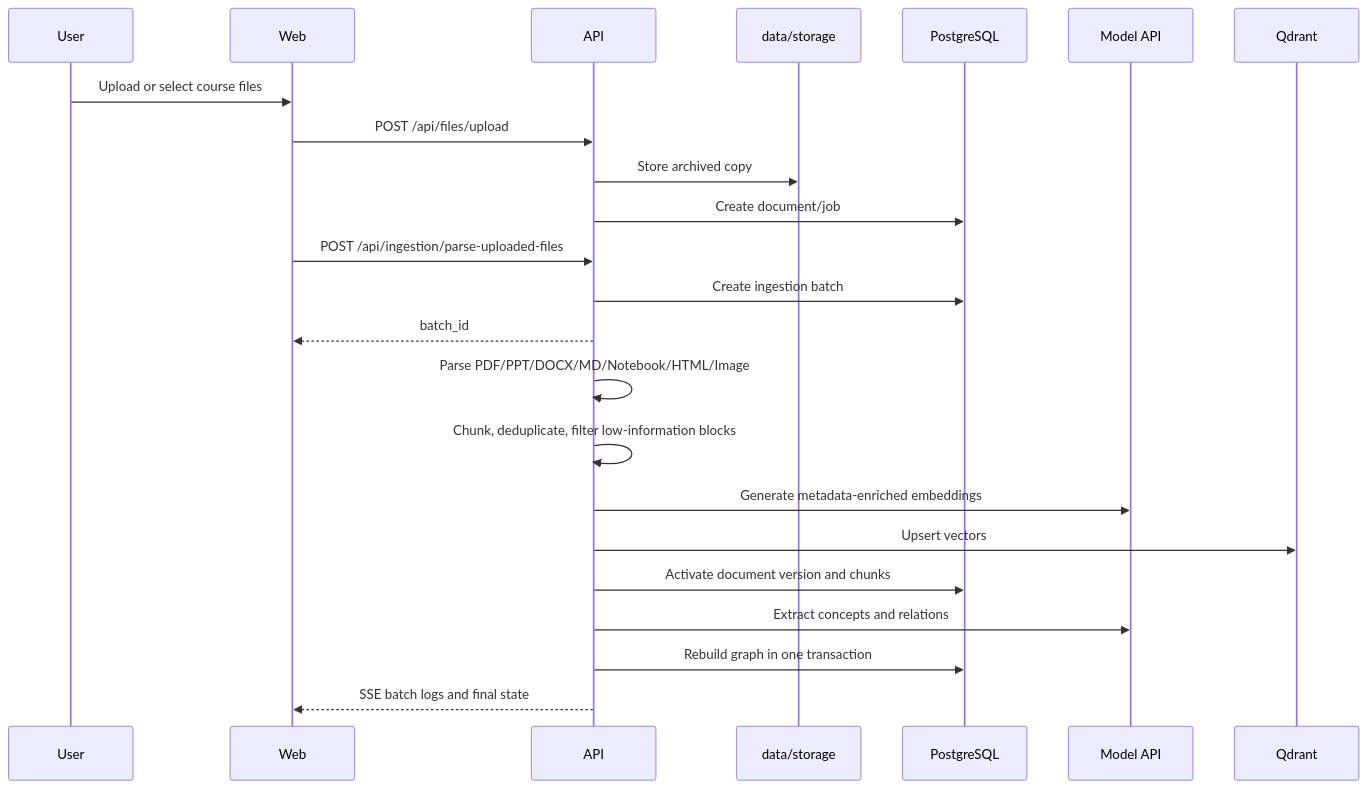
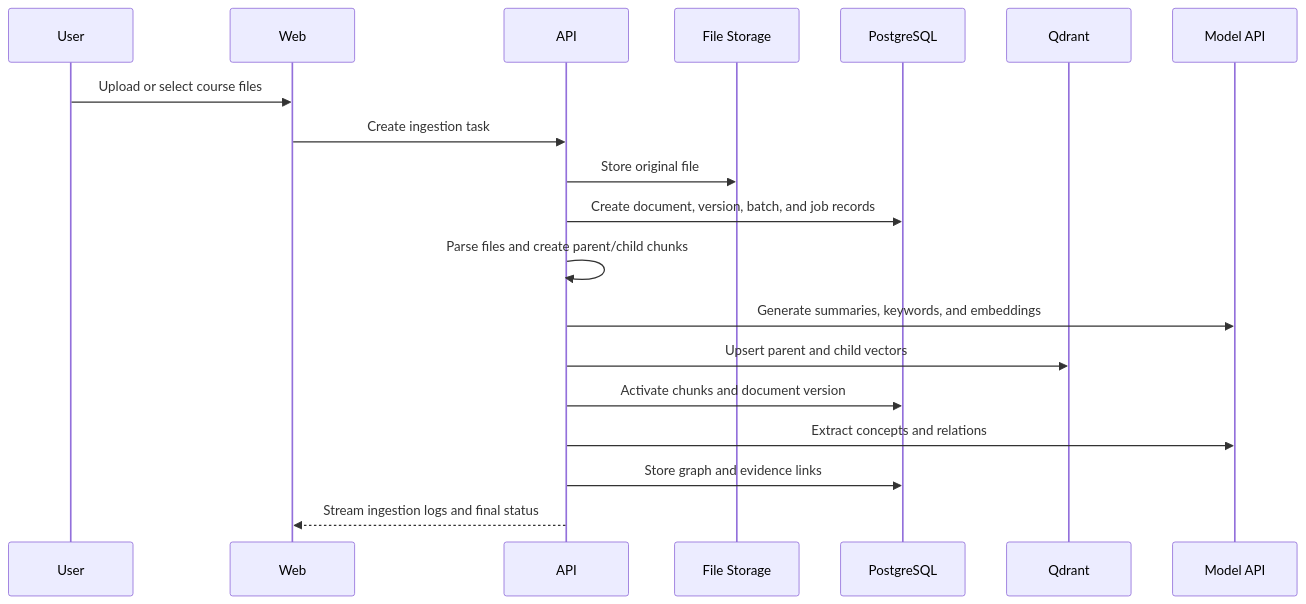
One commit to Sggggt/DialoGraph changed the third of 5 diagrams in README.en.md. Above: the diagram before and after it, drawn with Mermaid. The commit also changed other lines of this file and 44 other files, not shown here.

````diff
--- a/README.en.md
+++ b/README.en.md
@@ -153,26 +170,22 @@
 ```mermaid
 sequenceDiagram
     participant User
     participant Web
     participant API
-    participant FS as data/storage
+    participant Files as File Storage
     participant DB as PostgreSQL
+    participant Vector as Qdrant
     participant Model as Model API
-    participant Qdrant
 
     User->>Web: Upload or select course files
-    Web->>API: POST /api/files/upload
-    API->>FS: Store archived copy
-    API->>DB: Create document/job
-    Web->>API: POST /api/ingestion/parse-uploaded-files
-    API->>DB: Create ingestion batch
-    API-->>Web: batch_id
-    API->>API: Parse PDF/PPT/DOCX/MD/Notebook/HTML/Image
-    API->>API: Chunk, deduplicate, filter low-information blocks
-    API->>Model: Generate metadata-enriched embeddings
-    API->>Qdrant: Upsert vectors
-    API->>DB: Activate document version and chunks
+    Web->>API: Create ingestion task
+    API->>Files: Store original file
+    API->>DB: Create document, version, batch, and job records
+    API->>API: Parse files and create parent/child chunks
+    API->>Model: Generate summaries, keywords, and embeddings
+    API->>Vector: Upsert parent and child vectors
+    API->>DB: Activate chunks and document version
     API->>Model: Extract concepts and relations
-    API->>DB: Rebuild graph in one transaction
-    API-->>Web: SSE batch logs and final state
+    API->>DB: Store graph and evidence links
+    API-->>Web: Stream ingestion logs and final status
 ```
````
